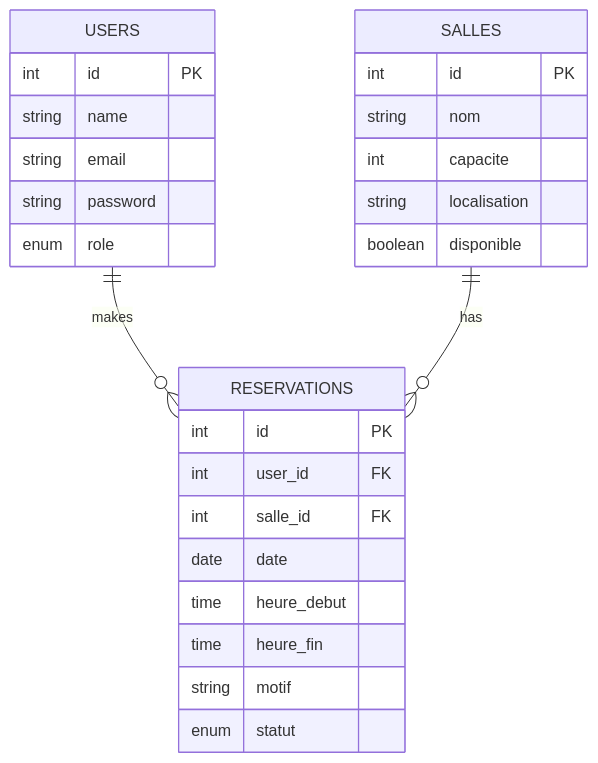
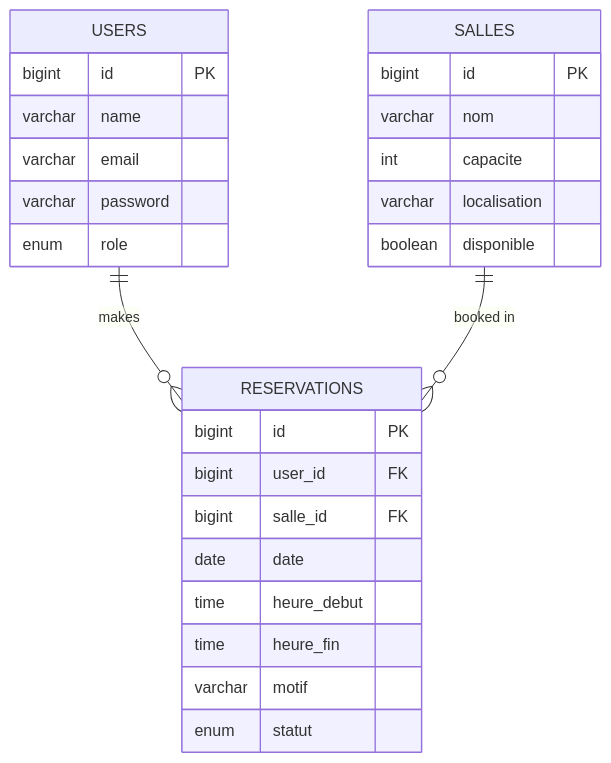
Before and after one commit to ilyasseyounes1/campus-room-booking: the second of 3 diagrams in README.md, drawn with Mermaid. The commit also changed other lines of this file and 2 other files, not shown here.

````diff
--- a/README.md
+++ b/README.md
@@ -43,32 +165,32 @@
 ```mermaid
 erDiagram
     USERS {
-        int id PK
-        string name
-        string email
-        string password
+        bigint id PK
+        varchar name
+        varchar email
+        varchar password
         enum role
     }
 
     SALLES {
-        int id PK
-        string nom
+        bigint id PK
+        varchar nom
         int capacite
-        string localisation
+        varchar localisation
         boolean disponible
     }
 
     RESERVATIONS {
-        int id PK
-        int user_id FK
-        int salle_id FK
+        bigint id PK
+        bigint user_id FK
+        bigint salle_id FK
         date date
         time heure_debut
         time heure_fin
-        string motif
+        varchar motif
         enum statut
     }
 
     USERS ||--o{ RESERVATIONS : "makes"
-    SALLES ||--o{ RESERVATIONS : "has"
+    SALLES ||--o{ RESERVATIONS : "booked in"
 ```
````
